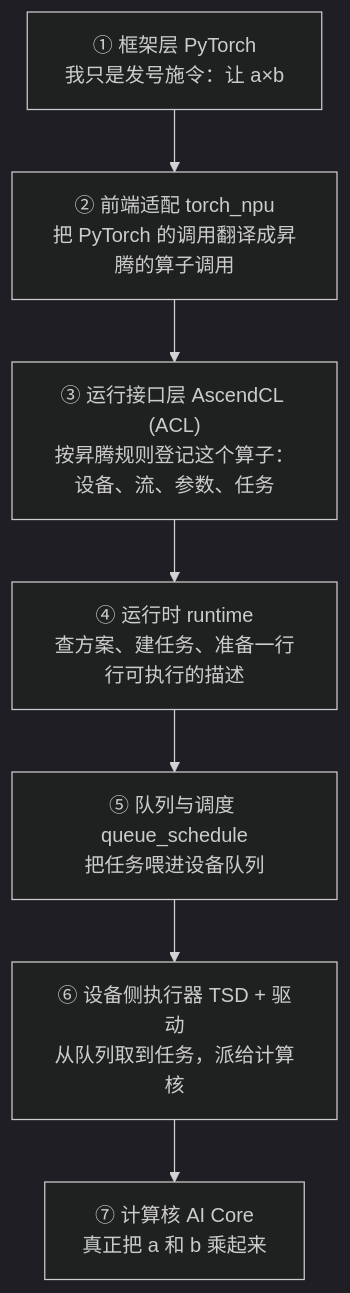
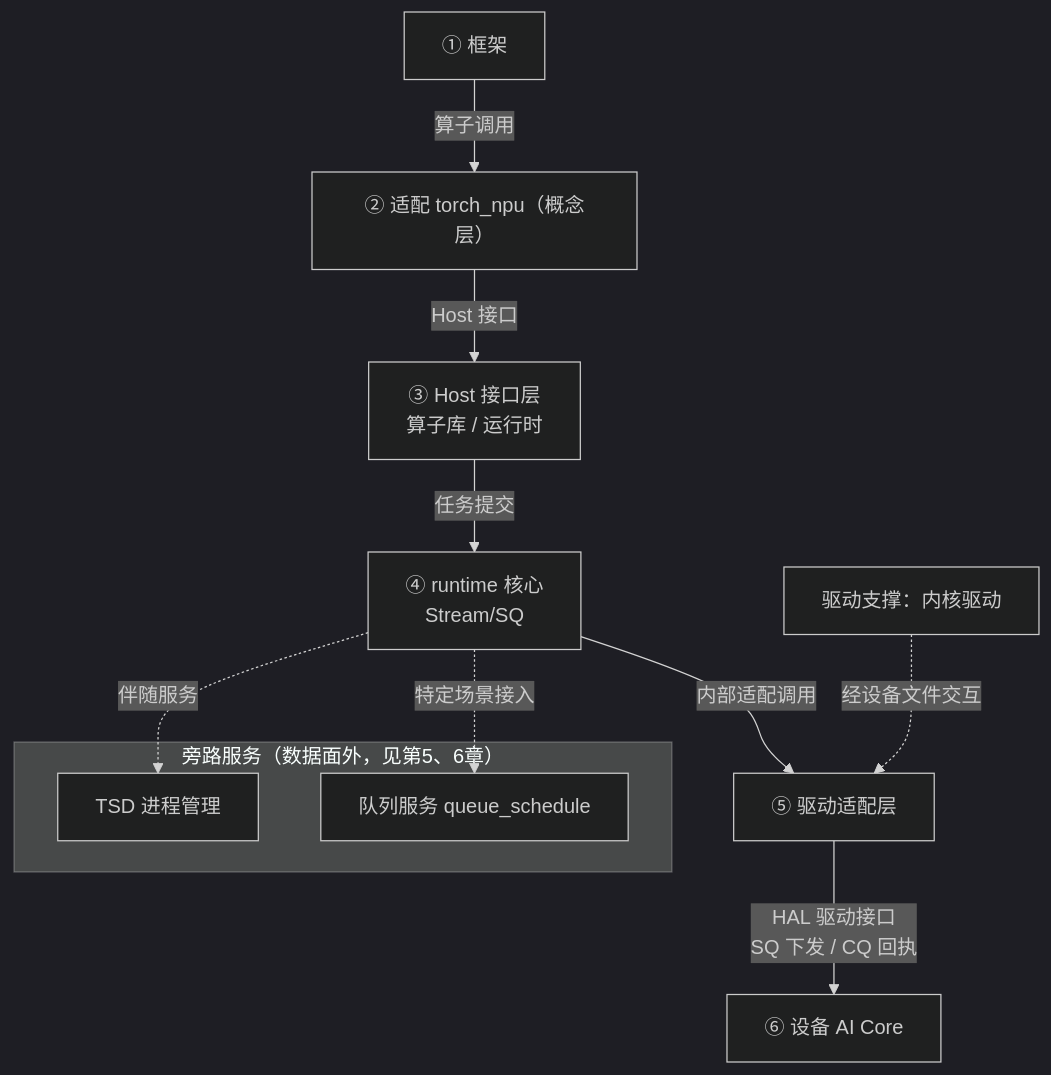
The first of 3 diagrams in docs/01-platform/ch01-overview.md (hb4ch/ascend-book), drawn with Mermaid (dark theme) before and after one commit. The commit also changed other lines of this file and 1 other file, not shown here.

````diff
--- a/docs/01-platform/ch01-overview.md
+++ b/docs/01-platform/ch01-overview.md
@@ -75,10 +76,15 @@
 ```mermaid
 flowchart TD
-    A["① 框架层 PyTorch<br/>我只是发号施令：让 a×b"] --> B
-    B["② 前端适配 torch_npu<br/>把 PyTorch 的调用翻译成昇腾的算子调用"] --> C
-    C["③ 运行接口层 AscendCL (ACL)<br/>按昇腾规则登记这个算子：<br/>设备、流、参数、任务"] --> D
-    D["④ 运行时 runtime<br/>查方案、建任务、准备一行行可执行的描述"] --> E
-    E["⑤ 队列与调度 queue_schedule<br/>把任务喂进设备队列"] --> F
-    F["⑥ 设备侧执行器 TSD + 驱动<br/>从队列取到任务，派给计算核"] --> G
-    G["⑦ 计算核 AI Core<br/>真正把 a 和 b 乘起来"] 
+    A["① 框架"] -->|"算子调用"| B
+    B["② 适配 torch_npu（概念层）"] -->|"Host 接口"| C
+    C["③ Host 接口层<br/>算子库 / 运行时"] -->|"任务提交"| D
+    D["④ runtime 核心<br/>Stream/SQ"] -->|"内部适配调用"| E
+    E["⑤ 驱动适配层"] -->|"HAL 驱动接口<br/>SQ 下发 / CQ 回执"| F["⑥ 设备 AI Core"]
+    subgraph S["旁路服务（数据面外，见第5、6章）"]
+        T["TSD 进程管理"]
+        Q["队列服务 queue_schedule"]
+    end
+    D -. 伴随服务 .-> T
+    D -. 特定场景接入 .-> Q
+    K["驱动支撑：内核驱动"] -. 经设备文件交互 .-> E
 ```
````
